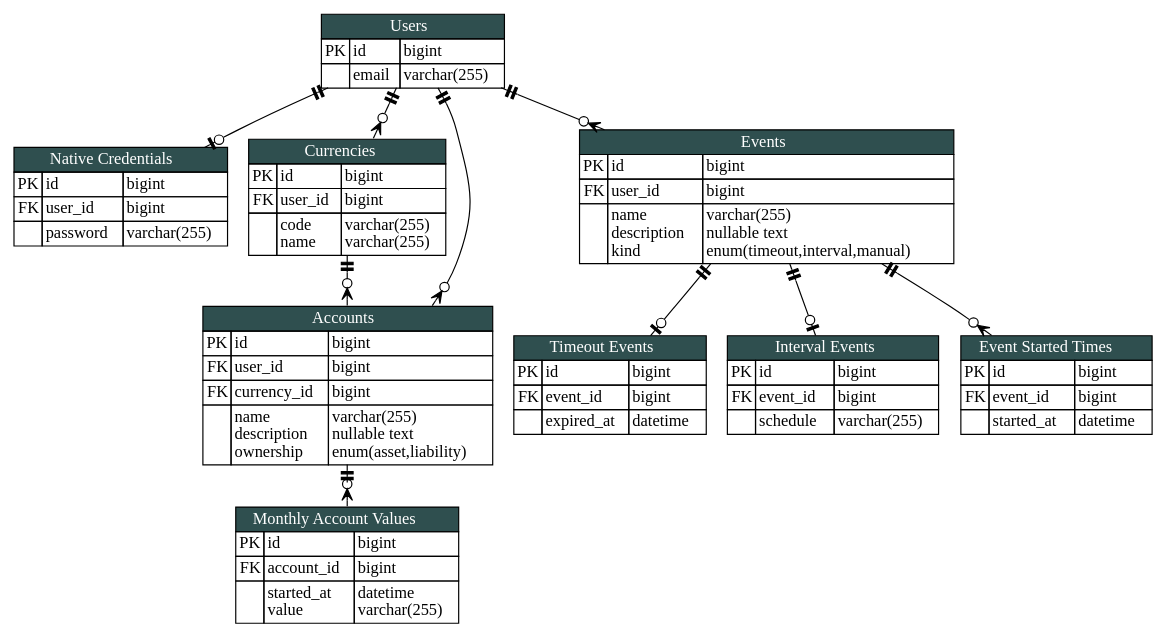
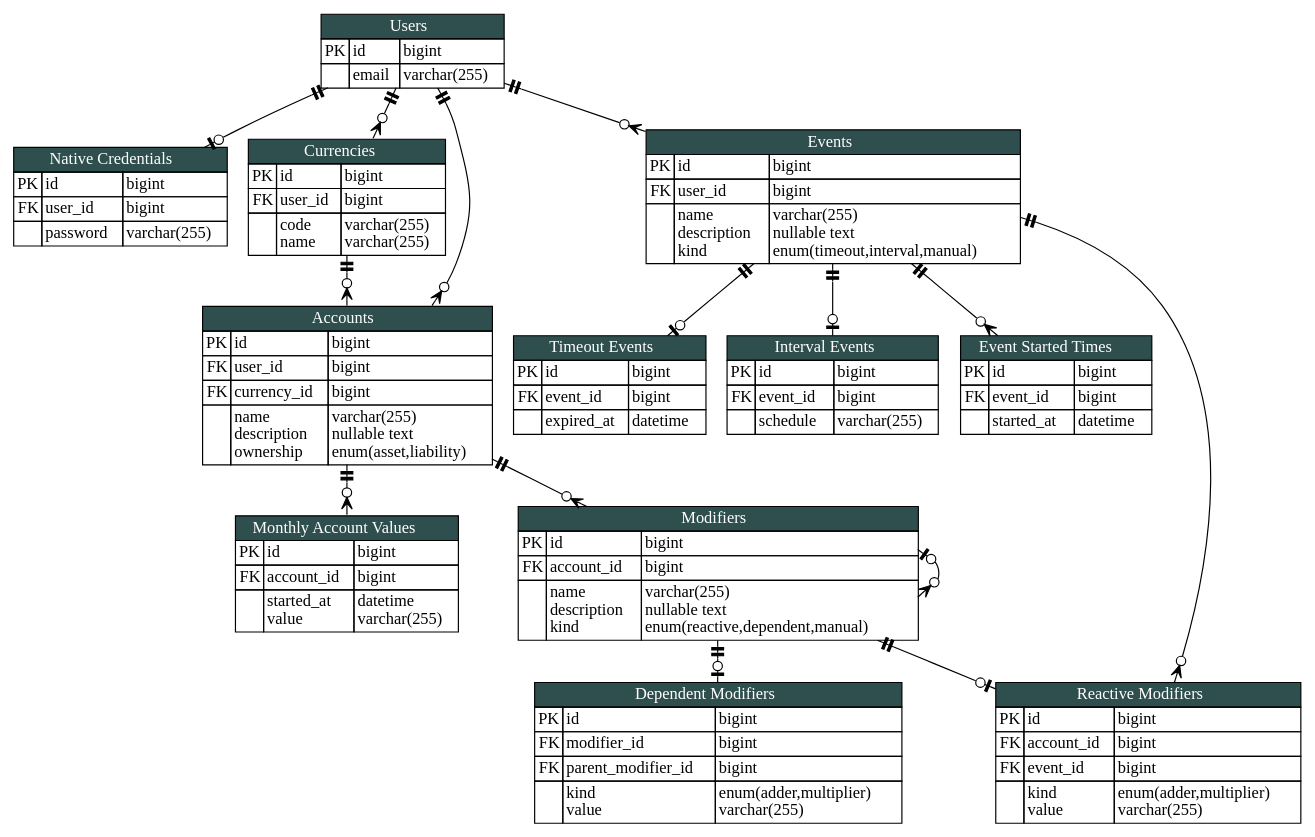
One commit to KennethTrecy/peratorakka_server changed the diagram in blueprint/erd.dot. Above: the diagram before and after it, drawn with Graphviz. The commit also changed 1 other file, not shown here.

Commit message:
docs(blueprint): include modifier-related entities in the ERD

```diff
--- a/blueprint/erd.dot
+++ b/blueprint/erd.dot
@@ -273,7 +273,6 @@
 			</table>
 			>
 		]
-
 		event_started_times [
 			label = <
 			<table cellspacing="0" border="0" cellborder="1">
@@ -306,6 +305,120 @@
 			</table>
 			>
 		]
+		modifiers [
+			label = <
+			<table cellspacing="0" border="0" cellborder="1">
+				<tr>
+					<td colspan="3" bgcolor="darkslategray">
+						<font color="white">
+							Modifiers
+						</font>
+					</td>
+				</tr>
+				<tr>
+					<td>PK</td>
+					<td align="left">id</td>
+					<td align="left">bigint</td>
+				</tr>
+				<tr>
+					<td>FK</td>
+					<td align="left">account_id</td>
+					<td align="left">bigint</td>
+				</tr>
+				<tr>
+					<td></td>
+					<td align="left">
+						name<br align="left"/>
+						description<br align="left"/>
+						kind<br align="left"/>
+					</td>
+					<td align="left">
+						varchar(255)<br align="left"/>
+						nullable text<br align="left"/>
+						enum(reactive,dependent,manual)<br align="left"/>
+					</td>
+				</tr>
+			</table>
+			>
+		]
+		reactive_modifiers [
+			label = <
+			<table cellspacing="0" border="0" cellborder="1">
+				<tr>
+					<td colspan="3" bgcolor="darkslategray">
+						<font color="white">
+							Reactive Modifiers
+						</font>
+					</td>
+				</tr>
+				<tr>
+					<td>PK</td>
+					<td align="left">id</td>
+					<td align="left">bigint</td>
+				</tr>
+				<tr>
+					<td>FK</td>
+					<td align="left">account_id</td>
+					<td align="left">bigint</td>
+				</tr>
+				<tr>
+					<td>FK</td>
+					<td align="left">event_id</td>
+					<td align="left">bigint</td>
+				</tr>
+				<tr>
+					<td></td>
+					<td align="left">
+						kind<br align="left"/>
+						value<br align="left"/>
+					</td>
+					<td align="left">
+						enum(adder,multiplier)<br align="left"/>
+						varchar(255)<br align="left"/>
+					</td>
+				</tr>
+			</table>
+			>
+		]
+		dependent_modifiers [
+			label = <
+			<table cellspacing="0" border="0" cellborder="1">
+				<tr>
+					<td colspan="3" bgcolor="darkslategray">
+						<font color="white">
+							Dependent Modifiers
+						</font>
+					</td>
+				</tr>
+				<tr>
+					<td>PK</td>
+					<td align="left">id</td>
+					<td align="left">bigint</td>
+				</tr>
+				<tr>
+					<td>FK</td>
+					<td align="left">modifier_id</td>
+					<td align="left">bigint</td>
+				</tr>
+				<tr>
+					<td>FK</td>
+					<td align="left">parent_modifier_id</td>
+					<td align="left">bigint</td>
+				</tr>
+				<tr>
+					<td></td>
+					<td align="left">
+						kind<br align="left"/>
+						value<br align="left"/>
+					</td>
+					<td align="left">
+						enum(adder,multiplier)<br align="left"/>
+						varchar(255)<br align="left"/>
+					</td>
+				</tr>
+			</table>
+			>
+		]
 	}
 
 	edge [ dir = "both" ]
@@ -319,6 +432,8 @@
 		users -> native_credentials
 		events -> timeout_events
 		events -> interval_events
+		modifiers -> reactive_modifiers
+		modifiers -> dependent_modifiers
 	}
 
 	{
@@ -334,5 +449,17 @@
 		accounts -> monthly_account_values
 		users -> events
 		events -> event_started_times
+		accounts -> modifiers
+		events -> reactive_modifiers
+	}
+
+	{
+		// zero to many but optional in reverse too
+		edge [
+			arrowhead = nonecrowodot
+			arrowtail = noneteeodot
+		]
+
+		modifiers -> modifiers
 	}
 }
```
